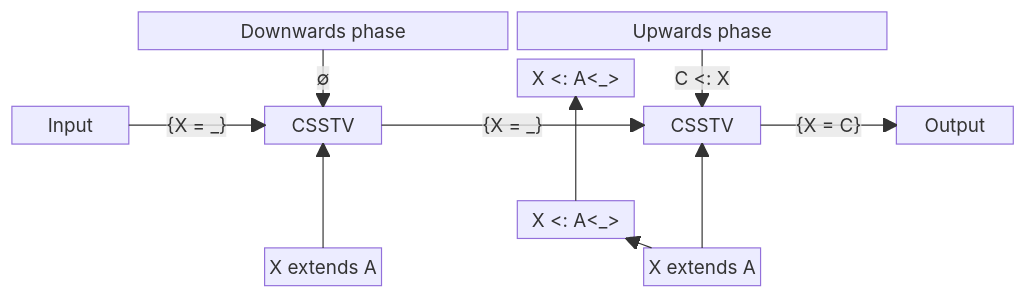
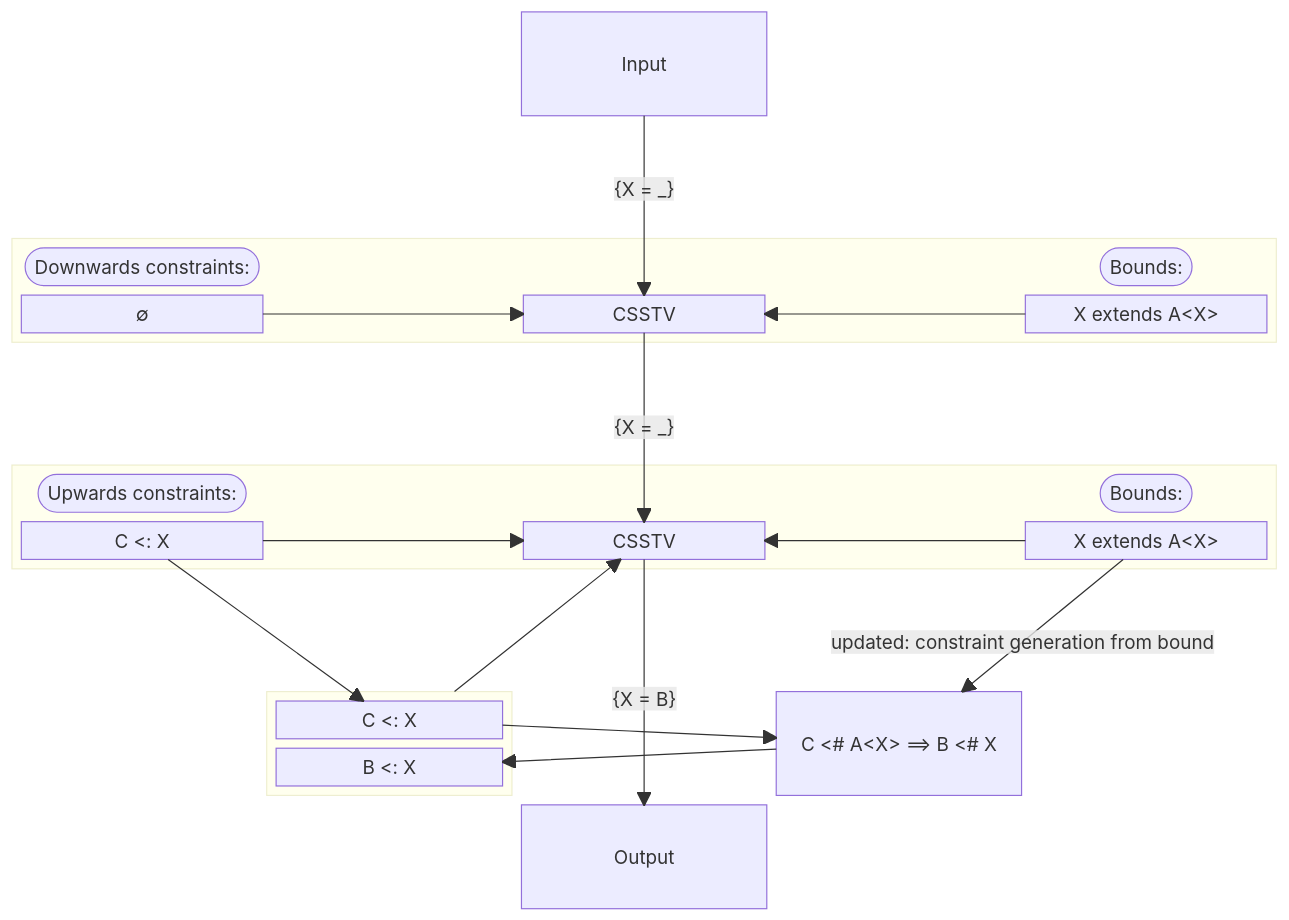
Before and after one commit to dart-lang/language: the fourth of 4 diagrams in accepted/future-releases/3009-inference-using-bounds/feature-specification.md, drawn with Mermaid.

Commit message:
Make the last diagram vertical as well

````diff
--- a/accepted/future-releases/3009-inference-using-bounds/feature-specification.md
+++ b/accepted/future-releases/3009-inference-using-bounds/feature-specification.md
@@ -323,42 +323,73 @@
 ```mermaid
 block-beta
-  columns 8
-  space downwards["Downwards phase"]:3 upwards["Upwards phase"]:3 space
-
-  space:4
-  newConstraint["X <: A<_>"]
-  space:3
-
-  overallInput["Input"]
-  space
-  csstvDownwards["CSSTV"]
-  space:2
-  csstvUpwards["CSSTV"]
-  space
-  overallOutput["Output"]
-
-  space:8
-
-  space:4
-  constraintGeneration["X <: A<_>"]
-  space:3
+  columns 5
 
   space:2
-  boundsDownwards["X extends A<X>"]
-  space:2
-  boundsUpwards["X extends A <X>"]
+  overallInput["Input"]
   space:2
 
-  downwards -- "∅" --> csstvDownwards
-  upwards -- "C <: X" --> csstvUpwards
+  space:5
 
-  overallInput -- "{X = _}" --> csstvDownwards
+  block:downwards:5
+    columns 5
+
+    commentDownwardsConstraints(["Downwards constraints:"])
+    space:3
+    commentDownwardsBounds(["Bounds:"])
+
+    constraintsDownwards["∅"]
+    space
+    csstvDownwards["CSSTV"]
+    space
+    boundsDownwards["X extends A&lt;X&gt;"]
+  end
+
+  space:5
+
+  block:upwards:5
+    columns 5
+
+    commentUpwardsConstraints(["Upwards constraints:"])
+    space:3
+    commentUpwardsBounds(["Bounds:"])
+
+    constraintsUpwards["C <: X"]
+    space
+    csstvUpwards["CSSTV"]
+    space
+    boundsUpwards["X extends A&lt;X&gt;"]
+  end
+
+  space:5
+
+  space
+  block:constraintsUpwardsUpdated:1
+    columns 1
+    constraintUpwards2["C <: X"]
+    constraintUpwards1["B <: X"]
+  end
+  space
+  constraintGeneration["C <# A&lt;X&gt; ==> B <# X"]
+  space
+
+  space:2
+  overallOutput["Output"]
+  space:2
+
+  overallInput -- "{X = _}"--> csstvDownwards
+
+  constraintsDownwards --> csstvDownwards
+  boundsDownwards --> csstvDownwards
   csstvDownwards -- "{X = _}" --> csstvUpwards
-  csstvUpwards -- "{X = C}" --> overallOutput
 
-  constraintGeneration --> newConstraint
-  boundsUpwards --> constraintGeneration
+  constraintGeneration --> constraintUpwards1
+  constraintUpwards2 --> constraintGeneration
 
-  boundsDownwards --> csstvDownwards
+  constraintsUpwards --> constraintUpwards2
+  constraintsUpwards --> csstvUpwards
   boundsUpwards --> csstvUpwards
+  boundsUpwards -- "updated: constraint generation from bound" --> constraintGeneration
+  constraintsUpwardsUpdated --> csstvUpwards
+
+  csstvUpwards -- "{X = B}" --> overallOutput
 ```
````
